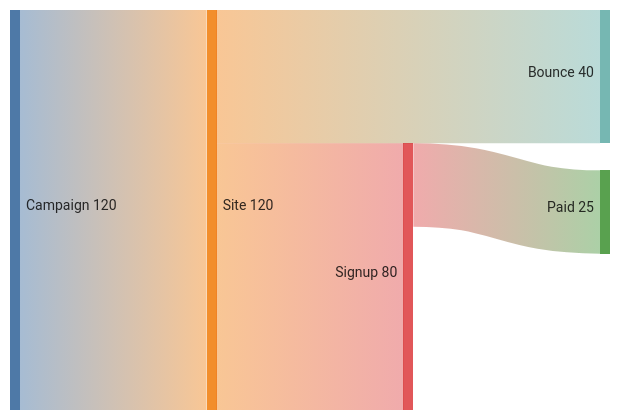
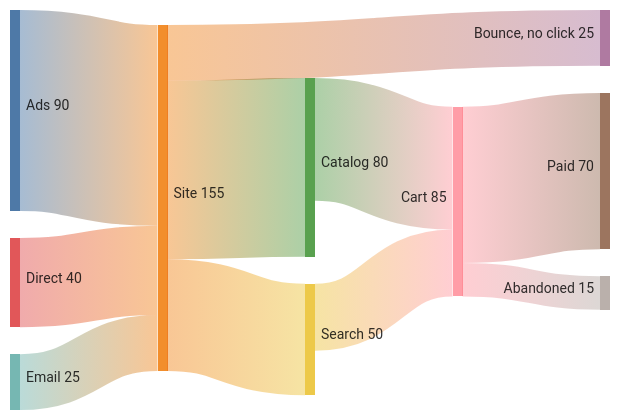
One commit to sergey-frolov-pets/code2graph changed the diagram in src/services/llm/guides/mermaid/sankey.md. Above: the diagram before and after it, drawn with Mermaid. The commit also changed other lines of this file and 6 other files, not shown here.

First line of the commit message:
Show a multi-stage Mermaid Sankey sample and document its options.

````diff
--- a/src/services/llm/guides/mermaid/sankey.md
+++ b/src/services/llm/guides/mermaid/sankey.md
@@ -5,7 +5,13 @@
 ```mermaid
 sankey-beta
-Campaign,Site,120
-Site,Signup,80
-Site,Bounce,40
-Signup,Paid,25
+Ads,Site,90
+Direct,Site,40
+Email,Site,25
+Site,Catalog,80
+Site,Search,50
+Site,"Bounce, no click",25
+Catalog,Cart,55
+Search,Cart,30
+Cart,Paid,70
+Cart,Abandoned,15
 ```
````
